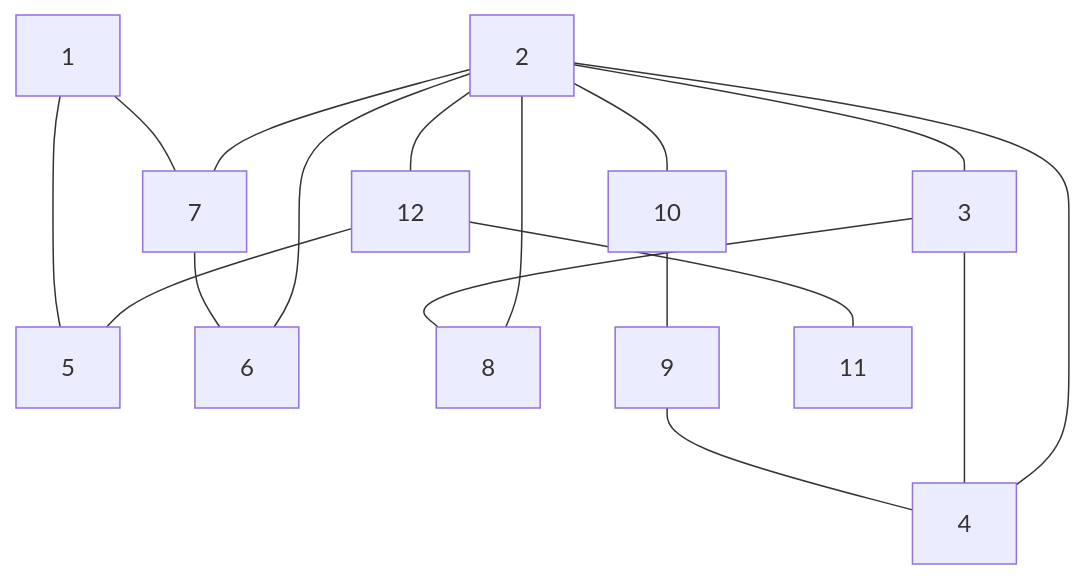
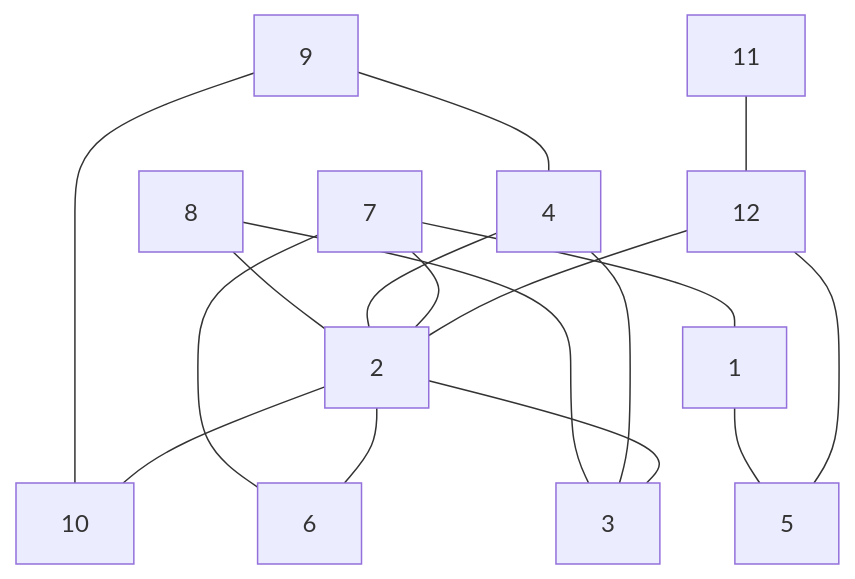
The diagram in README.md (antononcube/Raku-Graph), drawn with Mermaid before and after one commit. The commit also changed other lines of this file and 1 other file, not shown here.

````diff
--- a/README.md
+++ b/README.md
@@ -148,19 +149,19 @@
 ```mermaid
 graph TD
+11 --- 12
+9 --- 4
+9 --- 10
+8 --- 3
+8 --- 2
+4 --- 2
+4 --- 3
+7 --- 1
+7 --- 6
+7 --- 2
+1 --- 5
+12 --- 5
+12 --- 2
 2 --- 10
-2 --- 7
+2 --- 6
 2 --- 3
-2 --- 4
-2 --- 8
-2 --- 12
-2 --- 6
-12 --- 11
-12 --- 5
-3 --- 4
-3 --- 8
-10 --- 9
-1 --- 7
-1 --- 5
-7 --- 6
-9 --- 4
 ```
````
